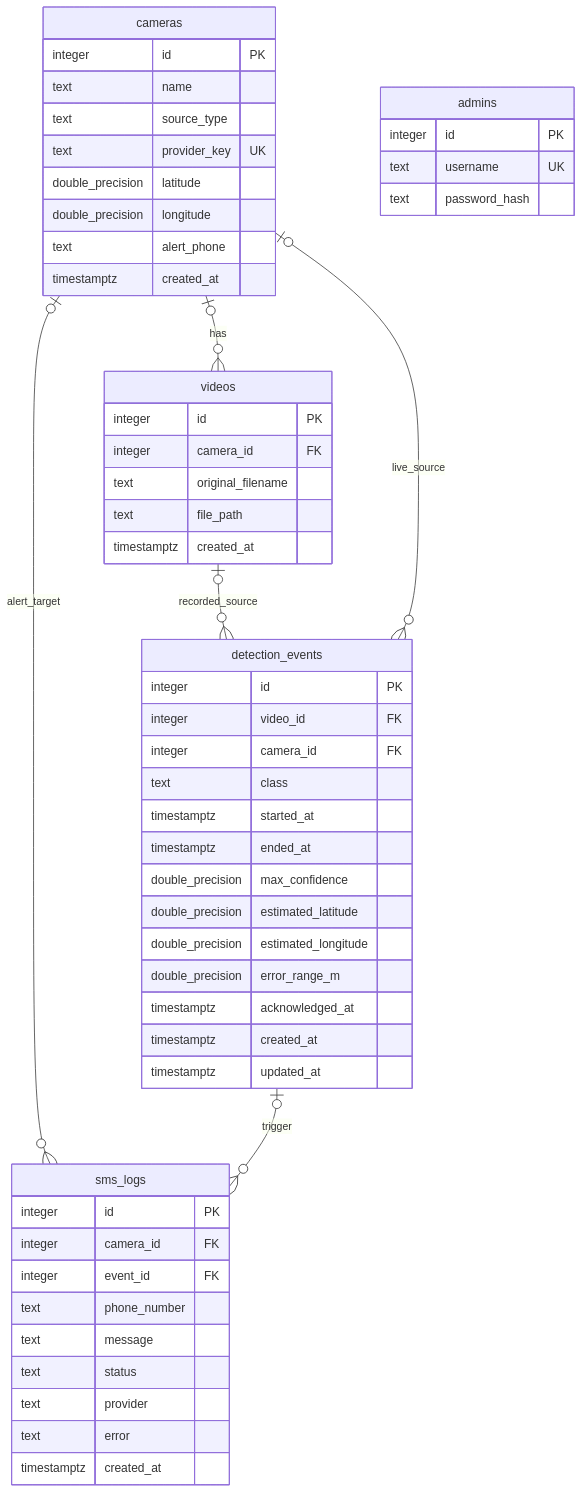
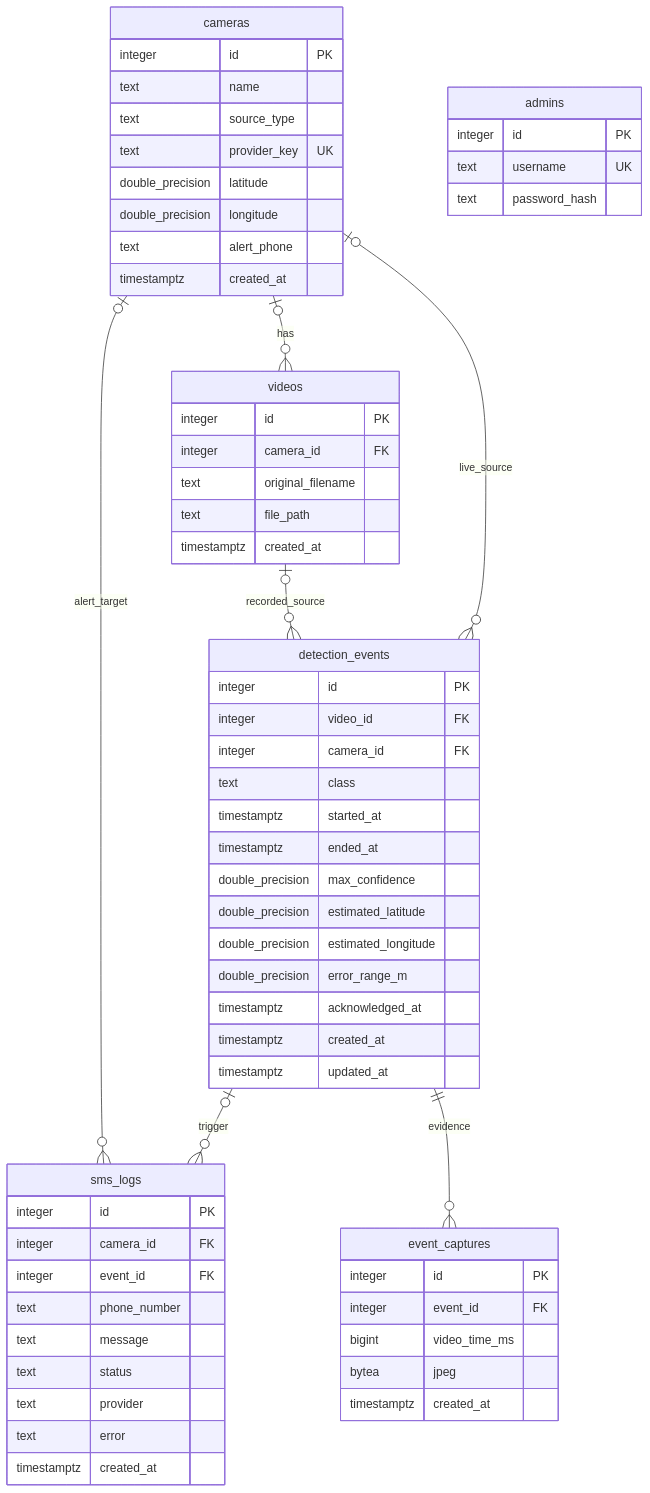
Before and after one commit to KNU-FireGuard/wildfire-detection-geolocation: the diagram in docs/DATABASE.md, drawn with Mermaid. The commit also changed other lines of this file and 33 other files, not shown here.

````diff
--- a/docs/DATABASE.md
+++ b/docs/DATABASE.md
@@ -9,57 +9,66 @@
 ```mermaid
 erDiagram
     cameras |o--o{ videos : has
     videos |o--o{ detection_events : recorded_source
     cameras |o--o{ detection_events : live_source
     cameras |o--o{ sms_logs : alert_target
     detection_events |o--o{ sms_logs : trigger
+    detection_events ||--o{ event_captures : evidence
+
+    event_captures {
+        integer id PK
+        integer event_id FK
+        bigint video_time_ms
+        bytea jpeg
+        timestamptz created_at
+    }
 
     cameras {
         integer id PK
         text name
         text source_type
         text provider_key UK
         double_precision latitude
         double_precision longitude
         text alert_phone
         timestamptz created_at
     }
     videos {
         integer id PK
         integer camera_id FK
         text original_filename
         text file_path
         timestamptz created_at
     }
     detection_events {
         integer id PK
         integer video_id FK
         integer camera_id FK
         text class
         timestamptz started_at
         timestamptz ended_at
         double_precision max_confidence
         double_precision estimated_latitude
         double_precision estimated_longitude
         double_precision error_range_m
         timestamptz acknowledged_at
         timestamptz created_at
         timestamptz updated_at
     }
     admins {
         integer id PK
         text username UK
         text password_hash
     }
     sms_logs {
         integer id PK
         integer camera_id FK
         integer event_id FK
         text phone_number
         text message
         text status
         text provider
         text error
         timestamptz created_at
     }
 ```
````
